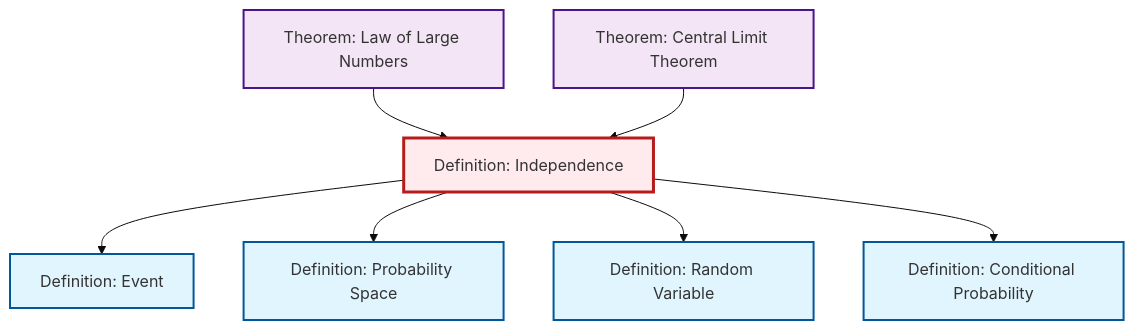
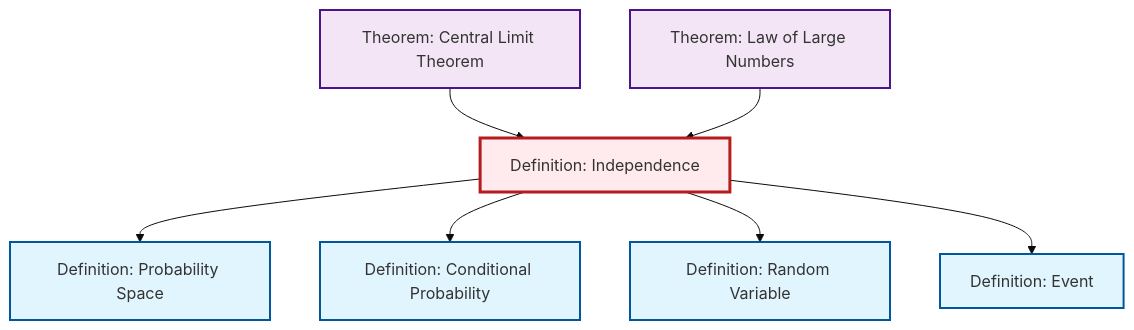
Before and after one commit to RK0429/ModernMath: the diagram in content/en/probability-statistics/def-independence.qmd, drawn with Mermaid (base theme). The commit also changed other lines of this file and 531 other files, not shown here.

````diff
--- a/content/en/probability-statistics/def-independence.qmd
+++ b/content/en/probability-statistics/def-independence.qmd
@@ -113,29 +113,29 @@
 ```{mermaid}
 %%| fig-cap: "Local dependency graph"
 graph TD
     classDef definition fill:#e1f5fe,stroke:#01579b,stroke-width:2px
     classDef theorem fill:#f3e5f5,stroke:#4a148c,stroke-width:2px
     classDef axiom fill:#fff3e0,stroke:#e65100,stroke-width:2px
     classDef example fill:#e8f5e9,stroke:#1b5e20,stroke-width:2px
     classDef current fill:#ffebee,stroke:#b71c1c,stroke-width:3px
     def-random-variable["Definition: Random Variable"]:::definition
+    thm-law-of-large-numbers["Theorem: Law of Large Numbers"]:::theorem
+    def-probability-space["Definition: Probability Space"]:::definition
+    def-event["Definition: Event"]:::definition
     def-conditional-probability["Definition: Conditional Probability"]:::definition
+    def-independence["Definition: Independence"]:::definition
     thm-central-limit["Theorem: Central Limit Theorem"]:::theorem
-    def-event["Definition: Event"]:::definition
-    thm-law-of-large-numbers["Theorem: Law of Large Numbers"]:::theorem
-    def-independence["Definition: Independence"]:::definition
-    def-probability-space["Definition: Probability Space"]:::definition
-    def-independence --> def-event
     def-independence --> def-probability-space
+    def-independence --> def-conditional-probability
+    thm-central-limit --> def-independence
     thm-law-of-large-numbers --> def-independence
     def-independence --> def-random-variable
-    thm-central-limit --> def-independence
-    def-independence --> def-conditional-probability
+    def-independence --> def-event
     class def-independence current
     click def-random-variable "def-random-variable.html" "Go to Random Variable definition"
+    click thm-law-of-large-numbers "thm-law-of-large-numbers.html" "Go to Law of Large Numbers theorem"
+    click def-probability-space "def-probability-space.html" "Go to Probability Space definition"
+    click def-event "def-event.html" "Go to Event definition"
     click def-conditional-probability "def-conditional-probability.html" "Go to Conditional Probability definition"
     click thm-central-limit "thm-central-limit.html" "Go to Central Limit Theorem theorem"
-    click def-event "def-event.html" "Go to Event definition"
-    click thm-law-of-large-numbers "thm-law-of-large-numbers.html" "Go to Law of Large Numbers theorem"
-    click def-probability-space "def-probability-space.html" "Go to Probability Space definition"
 ```
````
